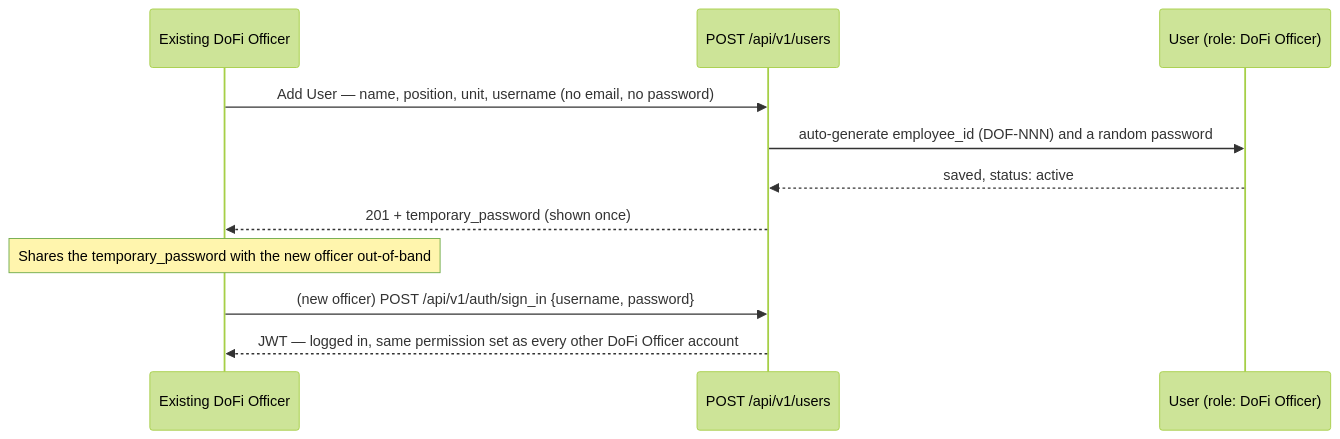
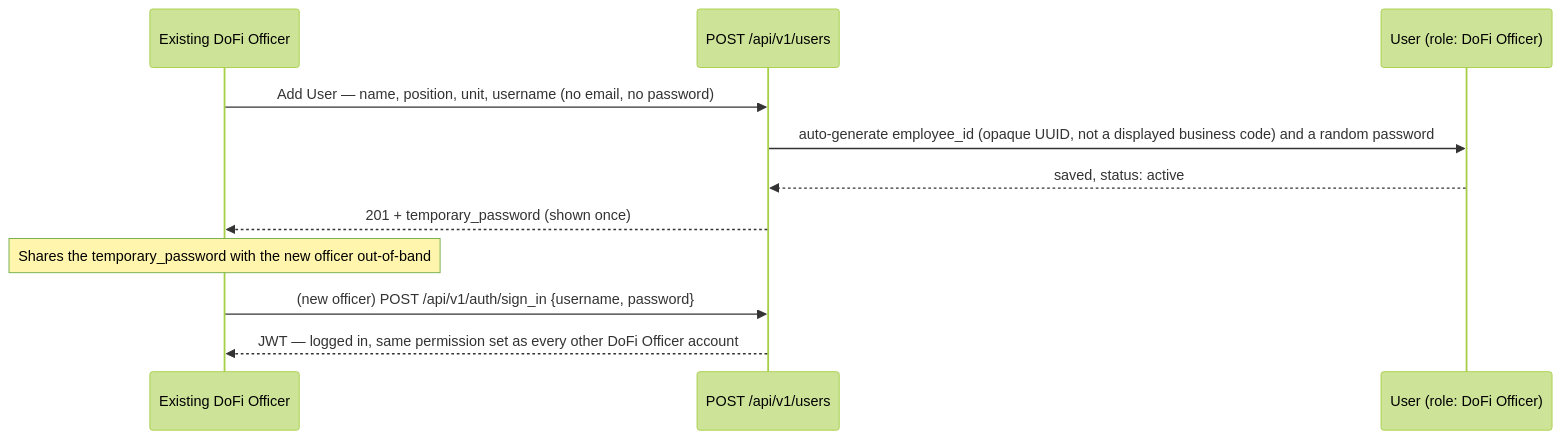
One commit to arya020595/st_dofi_backend changed the first of 3 diagrams in docs/business-flow.md. Above: the diagram before and after it, drawn with Mermaid (forest theme). The commit also changed 3 other files, not shown here.

````diff
--- a/docs/business-flow.md
+++ b/docs/business-flow.md
@@ -66,14 +66,14 @@
 ```mermaid
 sequenceDiagram
     participant Existing as Existing DoFi Officer
     participant API as POST /api/v1/users
     participant DB as User (role: DoFi Officer)
 
     Existing->>API: Add User — name, position, unit, username (no email, no password)
-    API->>DB: auto-generate employee_id (DOF-NNN) and a random password
+    API->>DB: auto-generate employee_id (opaque UUID, not a displayed business code) and a random password
     DB-->>API: saved, status: active
     API-->>Existing: 201 + temporary_password (shown once)
     Note over Existing: Shares the temporary_password with the new officer out-of-band
     Existing->>API: (new officer) POST /api/v1/auth/sign_in {username, password}
     API-->>Existing: JWT — logged in, same permission set as every other DoFi Officer account
 ```
````
